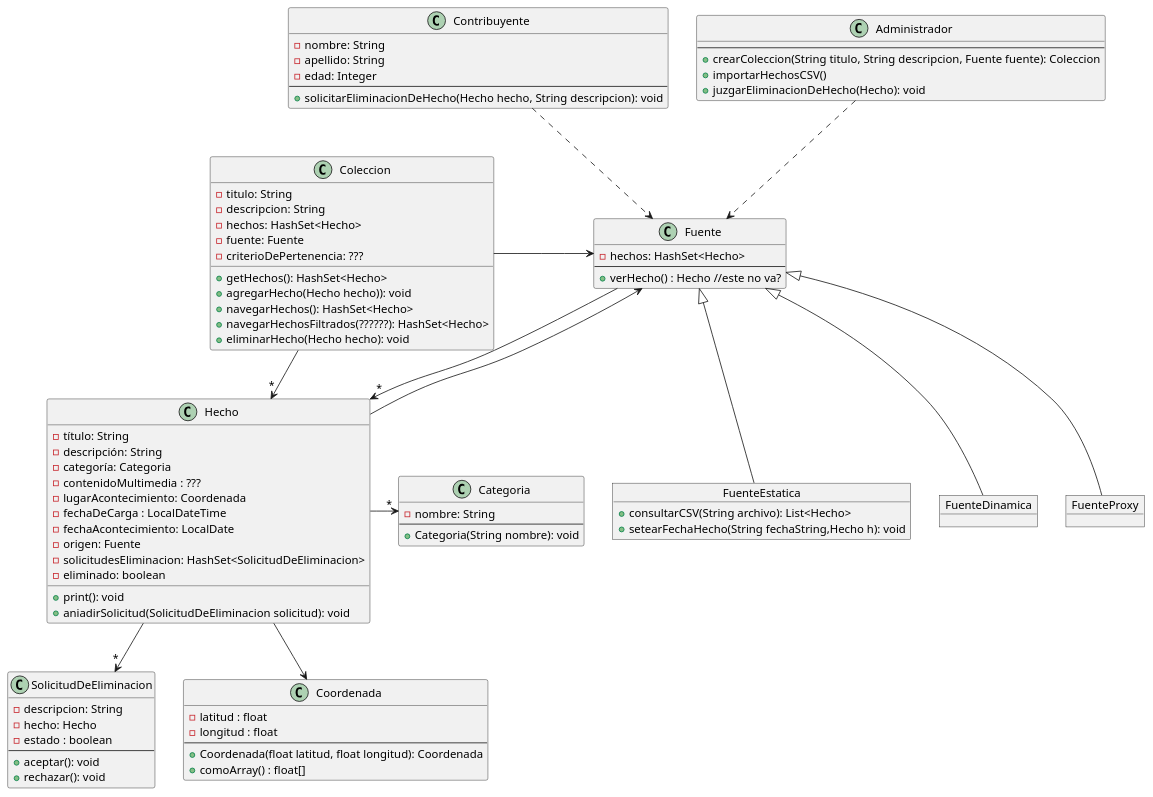
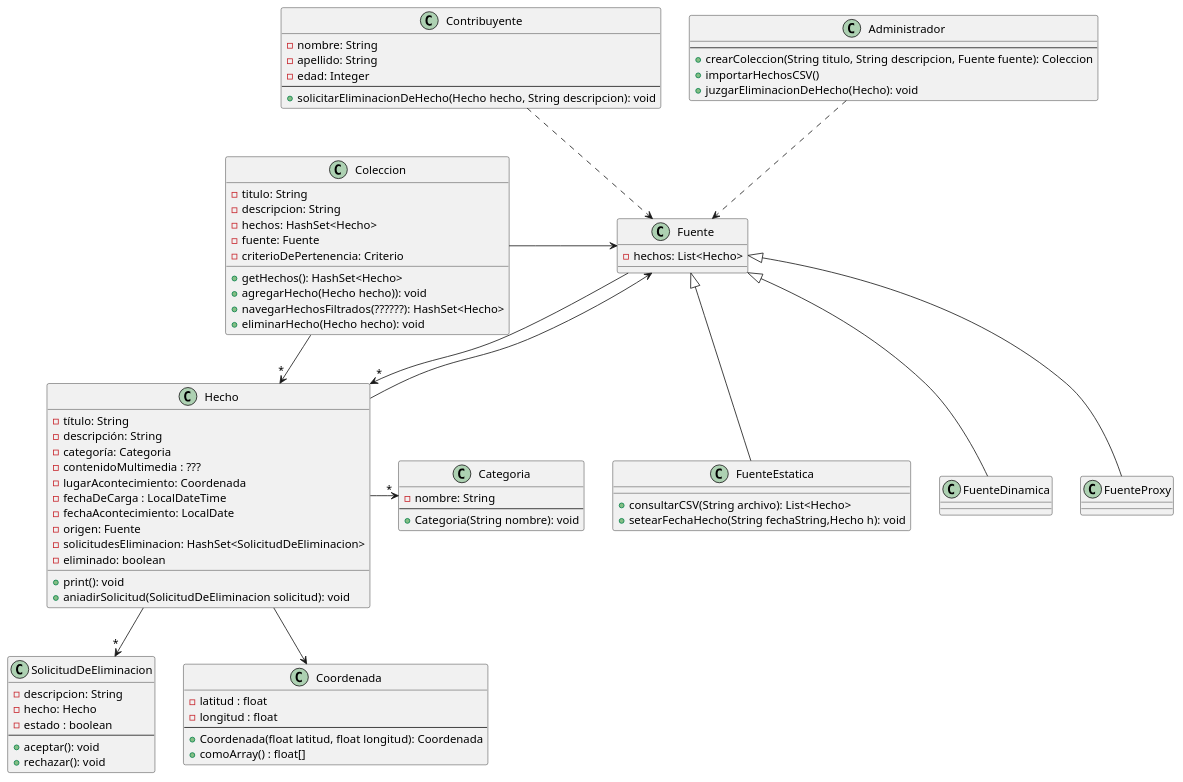
The diagram in DiagDeClases.puml (faustorod1/MetaMapa), drawn with PlantUML before and after one commit. The commit also changed 11 other files, not shown here.

First line of the commit message:
definimos Criterio, Hecho y  Categoría

```diff
--- a/DiagDeClases.puml
+++ b/DiagDeClases.puml
@@ -1,109 +1,101 @@
 @startuml
 
 class Hecho{
 - título: String
 - descripción: String
 - categoría: Categoria
 - contenidoMultimedia : ???
 - lugarAcontecimiento: Coordenada
 - fechaDeCarga : LocalDateTime
 - fechaAcontecimiento: LocalDate
 - origen: Fuente
 - solicitudesEliminacion: HashSet<SolicitudDeEliminacion>
 - eliminado: boolean
 
 + print(): void
 + aniadirSolicitud(SolicitudDeEliminacion solicitud): void
 }
 
 class Categoria{
 - nombre: String
 --
 + Categoria(String nombre): void
 }
 
 class Contribuyente{
 - nombre: String
 - apellido: String
 - edad: Integer
 --
 + solicitarEliminacionDeHecho(Hecho hecho, String descripcion): void
 }
 
 class Administrador {
 --
 + crearColeccion(String titulo, String descripcion, Fuente fuente): Coleccion
 + importarHechosCSV()
 + juzgarEliminacionDeHecho(Hecho): void
 }
 
 class Coleccion{
 - titulo: String
 - descripcion: String
 - hechos: HashSet<Hecho>
 - fuente: Fuente
-- criterioDePertenencia: ???
+- criterioDePertenencia: Criterio
 
 
 + getHechos(): HashSet<Hecho>
 + agregarHecho(Hecho hecho)): void
-+ navegarHechos(): HashSet<Hecho>
 + navegarHechosFiltrados(??????): HashSet<Hecho>
 + eliminarHecho(Hecho hecho): void
 }
 
 class SolicitudDeEliminacion{
 - descripcion: String
 - hecho: Hecho
 - estado : boolean
 --
 + aceptar(): void
 + rechazar(): void
 }
 
 class Fuente{
-- hechos: HashSet<Hecho>
---
-+ verHecho() : Hecho //este no va?
+- hechos: List<Hecho>
+
 }
 
-Object FuenteEstatica{
+class FuenteEstatica{
 
 + consultarCSV(String archivo): List<Hecho>
 + setearFechaHecho(String fechaString,Hecho h): void
-}
-
-Object FuenteDinamica{
-}
-
-Object FuenteProxy{
 }
 
 class Coordenada{
 - latitud : float
 - longitud : float
 --
 + Coordenada(float latitud, float longitud): Coordenada
 + comoArray() : float[]
 }
 
 Contribuyente .d.> Fuente
 Administrador .d.> Fuente
 
 Hecho --> Coordenada
 Hecho -r->"*" Categoria
 Hecho -d->"*" SolicitudDeEliminacion
 Coleccion -->"*" Hecho
 
 Hecho --> Fuente
 Coleccion -r-> Fuente
 
 Fuente -->"*" Hecho
 
 FuenteEstatica -u-|> Fuente
 FuenteDinamica -u-|> Fuente
 FuenteProxy -u-|> Fuente
 
 
 
 @enduml
```
